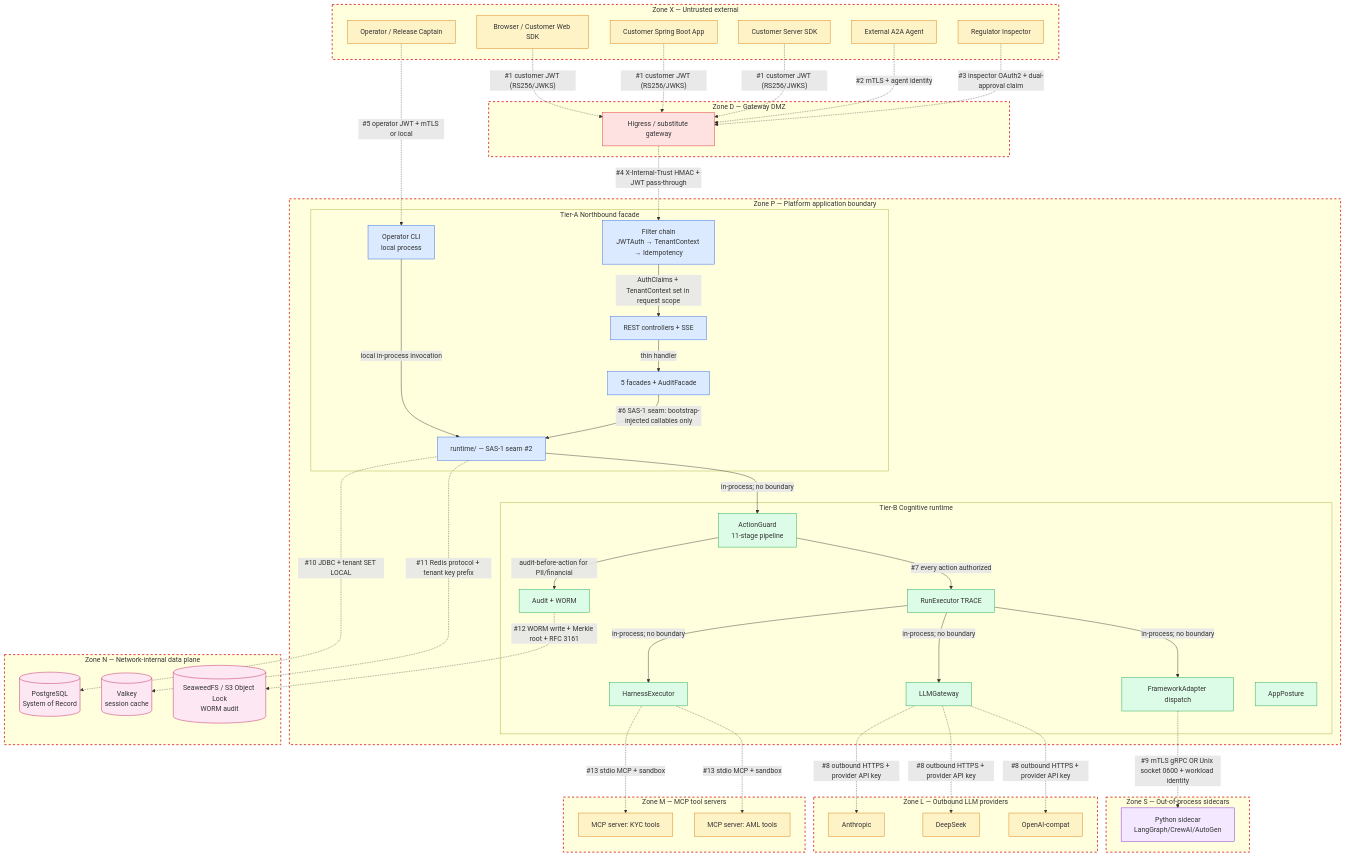
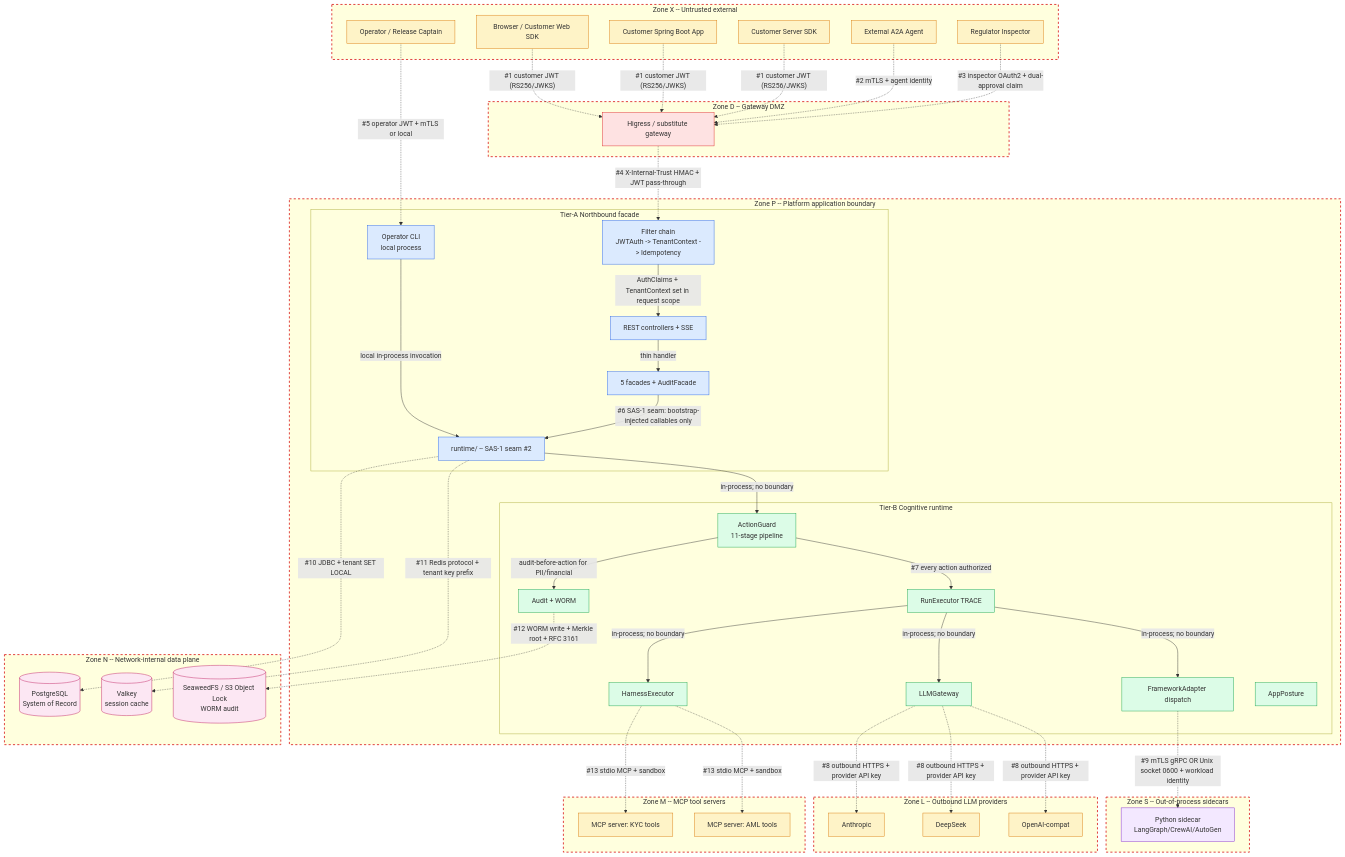
Before and after one commit to chaosxingxc-orion/spring-ai-fin: the diagram in docs/trust-boundary-diagram.md, drawn with Mermaid. The commit also changed other lines of this file and 48 other files, not shown here.

First line of the commit message:
Architecture remediation cycle 8: evidence graph v3, eol policy, ASCII active corpus

```diff
--- a/docs/trust-boundary-diagram.md
+++ b/docs/trust-boundary-diagram.md
@@ -20,7 +20,7 @@
     classDef storage fill:#fce7f3,stroke:#be185d
     classDef sidecar fill:#f3e8ff,stroke:#7e22ce
 
-    subgraph EXT["Zone X — Untrusted external"]
+    subgraph EXT["Zone X -- Untrusted external"]
         BROWSER[Browser / Customer Web SDK]:::external
         APP[Customer Spring Boot App]:::external
         SDK[Customer Server SDK]:::external
@@ -29,17 +29,17 @@
         OPER[Operator / Release Captain]:::external
     end
 
-    subgraph DMZ["Zone D — Gateway DMZ"]
+    subgraph DMZ["Zone D -- Gateway DMZ"]
         HG[Higress / substitute gateway]:::gateway
     end
 
-    subgraph PLATFORM["Zone P — Platform application boundary"]
+    subgraph PLATFORM["Zone P -- Platform application boundary"]
         subgraph TIERA["Tier-A Northbound facade"]
-            FILTERS[Filter chain<br/>JWTAuth → TenantContext → Idempotency]:::tier_a
+            FILTERS[Filter chain<br/>JWTAuth -> TenantContext -> Idempotency]:::tier_a
             ROUTES[REST controllers + SSE]:::tier_a
             FACADES[5 facades + AuditFacade]:::tier_a
             CLI_LOCAL[Operator CLI<br/>local process]:::tier_a
-            BIND[runtime/ — SAS-1 seam #2]:::tier_a
+            BIND[runtime/ -- SAS-1 seam #2]:::tier_a
         end
         subgraph TIERB["Tier-B Cognitive runtime"]
             ACTIONGUARD[ActionGuard<br/>11-stage pipeline]:::tier_b
@@ -52,28 +52,28 @@
         end
     end
 
-    subgraph SIDECAR["Zone S — Out-of-process sidecars"]
+    subgraph SIDECAR["Zone S -- Out-of-process sidecars"]
         PYSC[Python sidecar<br/>LangGraph/CrewAI/AutoGen]:::sidecar
     end
 
-    subgraph LLM_PROV["Zone L — Outbound LLM providers"]
+    subgraph LLM_PROV["Zone L -- Outbound LLM providers"]
         ANT[Anthropic]:::external
         DS[DeepSeek]:::external
         OAI[OpenAI-compat]:::external
     end
 
-    subgraph DATA["Zone N — Network-internal data plane"]
+    subgraph DATA["Zone N -- Network-internal data plane"]
         PG[(PostgreSQL<br/>System of Record)]:::storage
         VAL[(Valkey<br/>session cache)]:::storage
         WORM[(SeaweedFS / S3 Object Lock<br/>WORM audit)]:::storage
     end
 
-    subgraph MCP_TOOLS["Zone M — MCP tool servers"]
+    subgraph MCP_TOOLS["Zone M -- MCP tool servers"]
         MCP1[MCP server: KYC tools]:::external
         MCP2[MCP server: AML tools]:::external
     end
 
-    %% Boundaries — labeled with their controls
+    %% Boundaries -- labeled with their controls
     BROWSER -.->|"#1 customer JWT (RS256/JWKS)"| HG
     APP -.->|"#1 customer JWT (RS256/JWKS)"| HG
     SDK -.->|"#1 customer JWT (RS256/JWKS)"| HG
```
